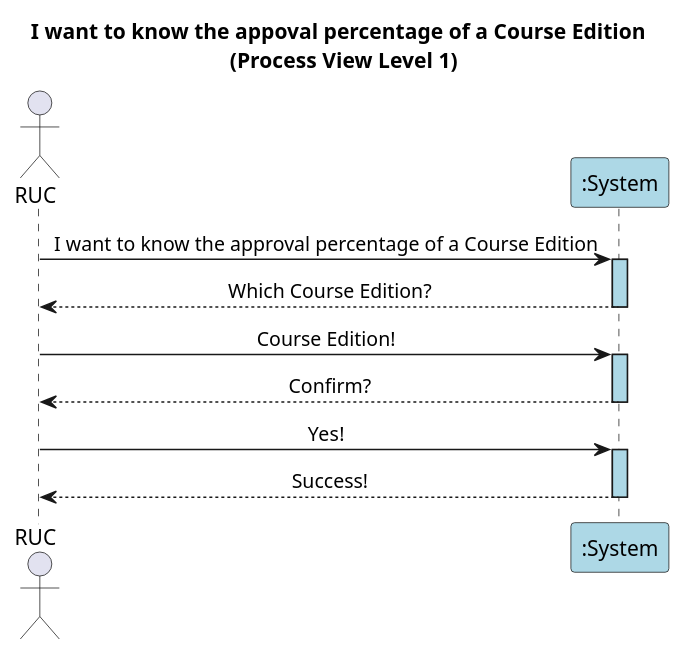
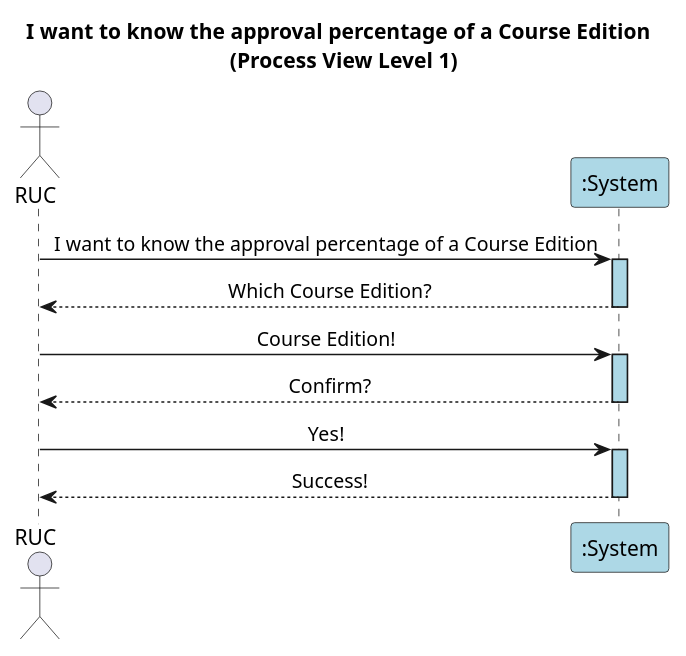
The diagram in docs/US23/REST_API/ProcessView/Level1.puml (GasparISEP/DevOps-PAI), drawn with PlantUML before and after one commit. The commit also changed 1 other file, not shown here.

Commit message:
Create ProcessView Diagram for Level2. Refs #565

```diff
--- a/docs/US23/REST_API/ProcessView/Level1.puml
+++ b/docs/US23/REST_API/ProcessView/Level1.puml
@@ -1,20 +1,20 @@
 @startuml
 skinparam sequenceMessageAlign center
 skinparam sequenceLifeLineBackgroundColor lightblue
-title: I want to know the appoval percentage of a Course Edition \n (Process View Level 1)
+title: I want to know the approval percentage of a Course Edition \n (Process View Level 1)
 actor RUC
 participant ":System" as System #lightblue
 
 RUC -> System  : I want to know the approval percentage of a Course Edition
 activate System
 System --> RUC  : Which Course Edition?
 deactivate System
 RUC -> System  : Course Edition!
 activate System
 System --> RUC  : Confirm?
 deactivate System
 RUC -> System  : Yes!
 activate System
 System --> RUC  : Success!
 deactivate System
 @enduml
```
